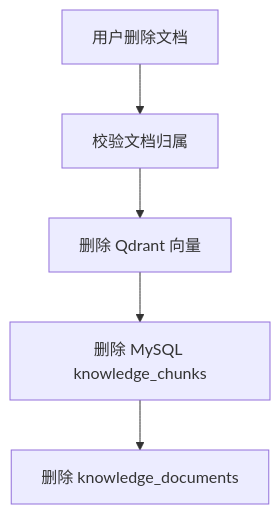
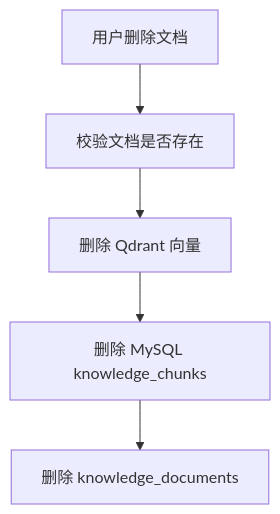
One commit to Itachi852/aegisdesk-ai changed the fourth of 6 diagrams in docs/业务流程说明.md. Above: the diagram before and after it, drawn with Mermaid. The commit also changed other lines of this file and 24 other files, not shown here.

````diff
--- a/docs/业务流程说明.md
+++ b/docs/业务流程说明.md
@@ -75,7 +89,7 @@
 ```mermaid
 flowchart TD
-    A["用户删除文档"] --> B["校验文档归属"]
+    A["用户删除文档"] --> B["校验文档是否存在"]
     B --> C["删除 Qdrant 向量"]
     C --> D["删除 MySQL knowledge_chunks"]
     D --> E["删除 knowledge_documents"]
 ```
````
